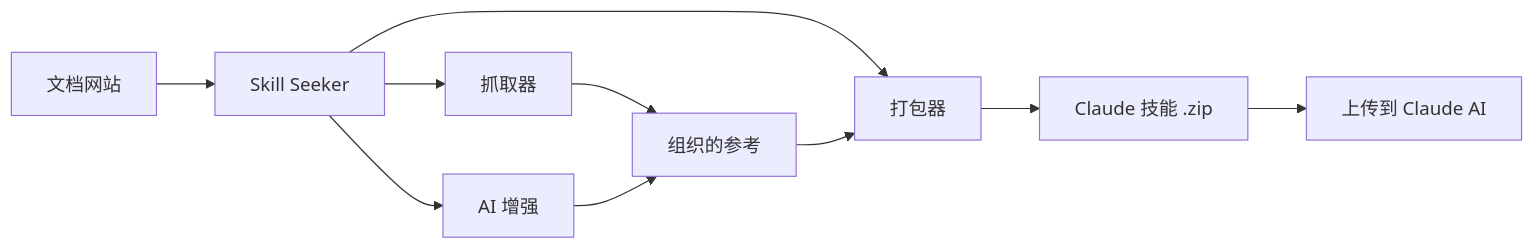
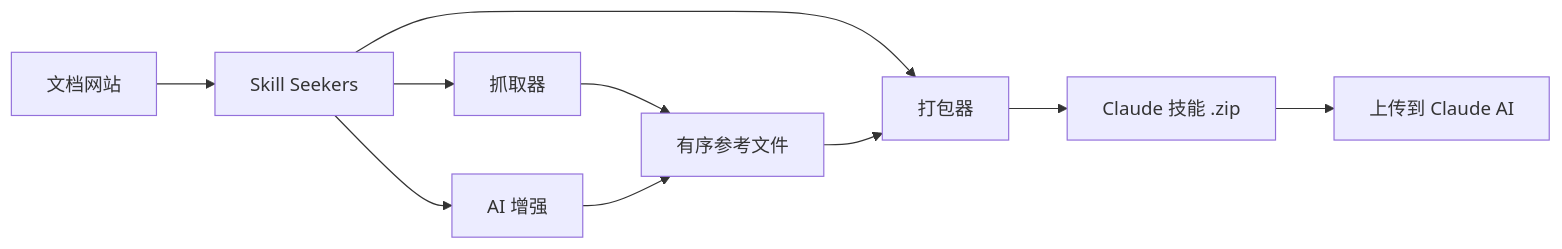
Before and after one commit to yusufkaraaslan/Skill_Seekers: the diagram in README.zh-CN.md, drawn with Mermaid. The commit also changed other lines of this file, not shown here.

````diff
--- a/README.zh-CN.md
+++ b/README.zh-CN.md
@@ -939,12 +676,12 @@
 ```mermaid
 graph LR
-    A[文档网站] --> B[Skill Seeker]
+    A[文档网站] --> B[Skill Seekers]
     B --> C[抓取器]
     B --> D[AI 增强]
     B --> E[打包器]
-    C --> F[组织的参考]
+    C --> F[有序参考文件]
     D --> F
     F --> E
     E --> G[Claude 技能 .zip]
     G --> H[上传到 Claude AI]
 ```
````
